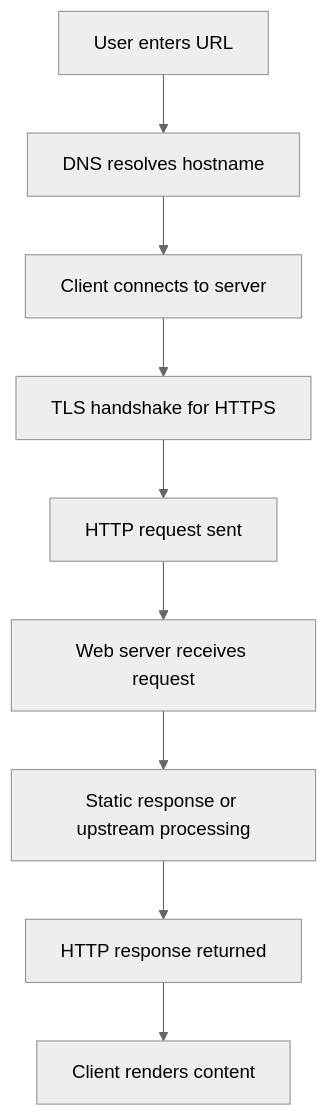
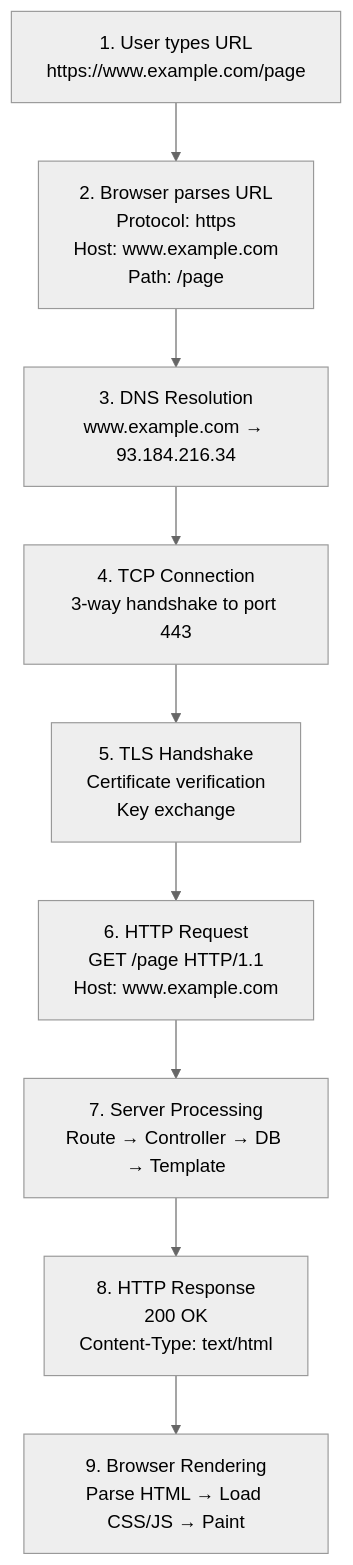
The first of 27 diagrams in 06-WebServers/01-http-fundamentals.md (ShasidharReddy/Linux), drawn with Mermaid (neutral theme) before and after one commit. The commit also changed other lines of this file and 25 other files, not shown here.

First line of the commit message:
docs: visual protocol guides with diagrams & educational images (#3)

````diff
--- a/06-WebServers/01-http-fundamentals.md
+++ b/06-WebServers/01-http-fundamentals.md
@@ -131,11 +56,11 @@
 ```mermaid
 graph TD
-    A["User enters URL"] --> B["DNS resolves hostname"]
-    B --> C["Client connects to server"]
-    C --> D["TLS handshake for HTTPS"]
-    D --> E["HTTP request sent"]
-    E --> F["Web server receives request"]
-    F --> G["Static response or upstream processing"]
-    G --> H["HTTP response returned"]
-    H --> I["Client renders content"]
+    A["1. User types URL<br/>https://www.example.com/page"] --> B["2. Browser parses URL<br/>Protocol: https<br/>Host: www.example.com<br/>Path: /page"]
+    B --> C["3. DNS Resolution<br/>www.example.com → 93.184.216.34"]
+    C --> D["4. TCP Connection<br/>3-way handshake to port 443"]
+    D --> E["5. TLS Handshake<br/>Certificate verification<br/>Key exchange"]
+    E --> F["6. HTTP Request<br/>GET /page HTTP/1.1<br/>Host: www.example.com"]
+    F --> G["7. Server Processing<br/>Route → Controller → DB → Template"]
+    G --> H["8. HTTP Response<br/>200 OK<br/>Content-Type: text/html"]
+    H --> I["9. Browser Rendering<br/>Parse HTML → Load CSS/JS → Paint"]
 ```
````
